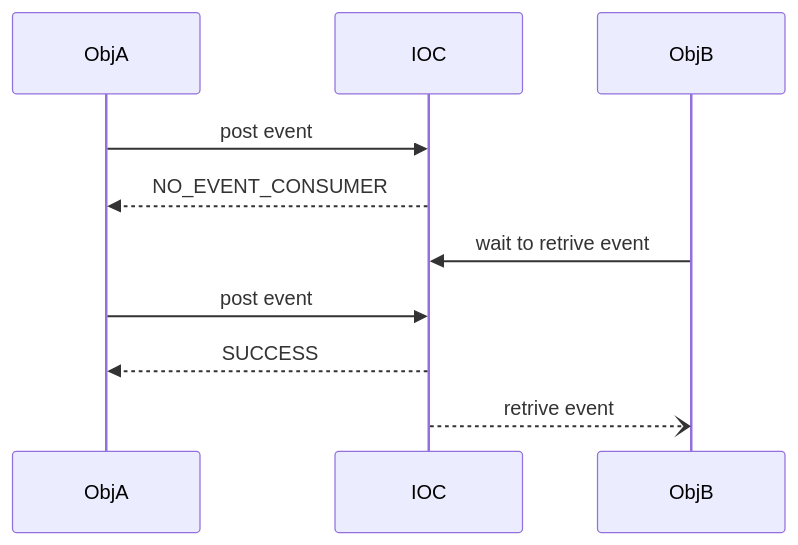
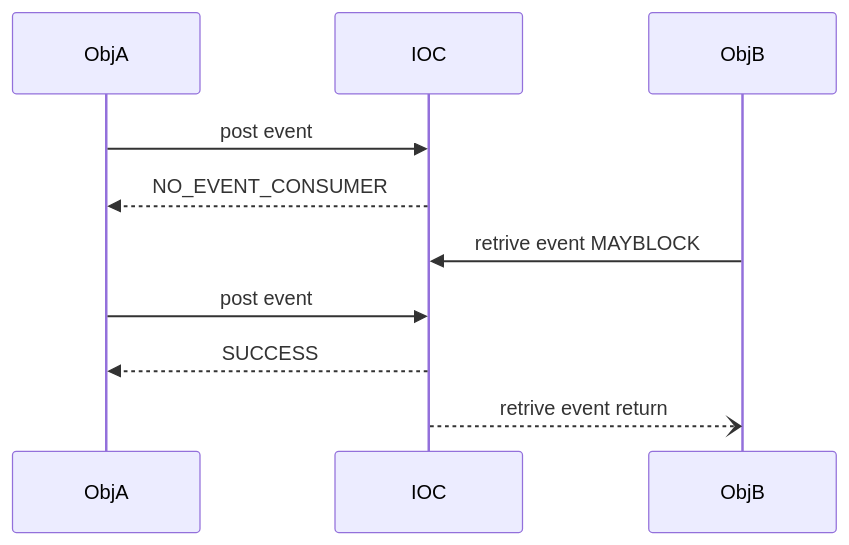
One commit to EnigmaWU/MyIOC_inTDD_withGHC changed the fourth of 9 diagrams in README_UseCase.md. Above: the diagram before and after it, drawn with Mermaid. The commit also changed other lines of this file, not shown here.

````diff
--- a/README_UseCase.md
+++ b/README_UseCase.md
@@ -73,12 +73,12 @@
 ```mermaid
 sequenceDiagram
     participant ObjA
     participant IOC
     participant ObjB
     ObjA->>IOC: post event
     IOC-->>ObjA: NO_EVENT_CONSUMER
-    ObjB->>IOC: wait to retrive event
+    ObjB->>IOC: retrive event MAYBLOCK
     ObjA->>IOC: post event
     IOC-->>ObjA: SUCCESS
-    IOC--)ObjB: retrive event
+    IOC--)ObjB: retrive event return
 ```
````
